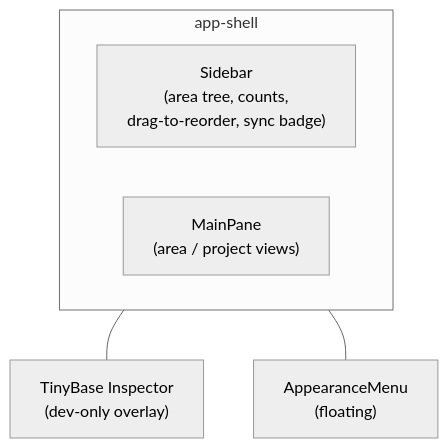
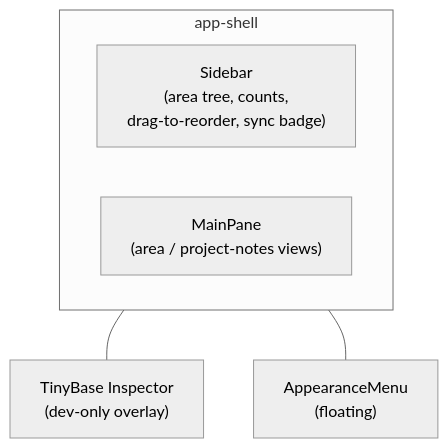
The diagram in docs/ux.md (nibblebot/localaction), drawn with Mermaid (neutral theme) before and after one commit. The commit also changed other lines of this file and 19 other files, not shown here.

First line of the commit message:
feat(projects): collapsible project cards replace the project detail pane

````diff
--- a/docs/ux.md
+++ b/docs/ux.md
@@ -12,12 +12,12 @@
 ```mermaid
 flowchart TB
   subgraph Shell["app-shell"]
     direction LR
     Side["Sidebar\n(area tree, counts,\ndrag-to-reorder, sync badge)"]
-    Main["MainPane\n(area / project views)"]
+    Main["MainPane\n(area / project-notes views)"]
   end
   Insp["TinyBase Inspector\n(dev-only overlay)"]
   Menu["AppearanceMenu\n(floating)"]
   Shell --- Insp
   Shell --- Menu
 ```
````
